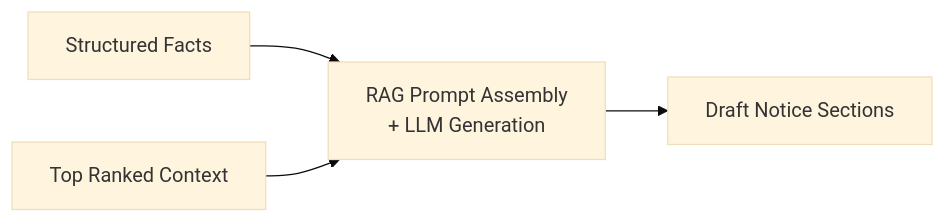
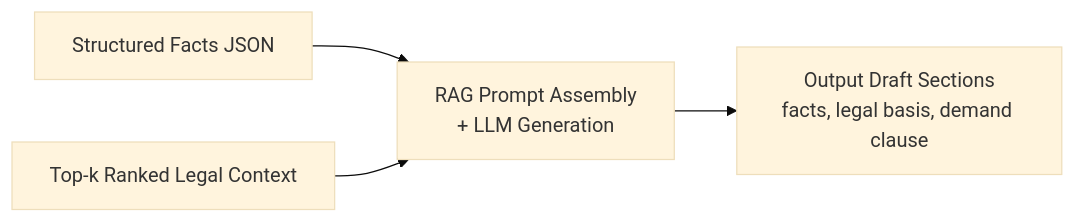
The seventh of 8 diagrams in docs/implementation.md (delisha02/droitdraft), drawn with Mermaid (base theme) before and after one commit. The commit also changed other lines of this file, not shown here.

````diff
--- a/docs/implementation.md
+++ b/docs/implementation.md
@@ -130,6 +150,8 @@
 ```mermaid
 flowchart LR
-    F["Structured Facts"] --> RAG["RAG Prompt Assembly\n+ LLM Generation"]
-    CTX["Top Ranked Context"] --> RAG
-    RAG --> OUT["Draft Notice Sections"]
+    F["Structured Facts JSON"] --> RAG["RAG Prompt Assembly
++ LLM Generation"]
+    CTX["Top-k Ranked Legal Context"] --> RAG
+    RAG --> OUT["Output Draft Sections
+facts, legal basis, demand clause"]
 ```
````
